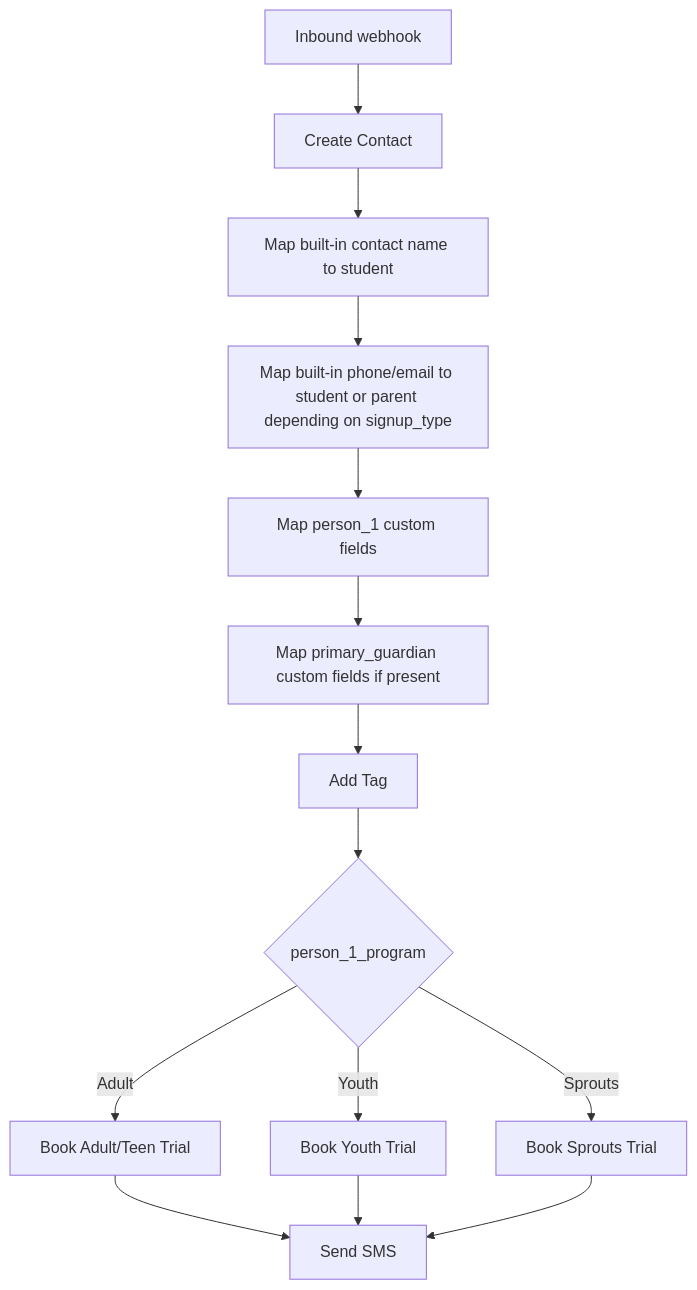
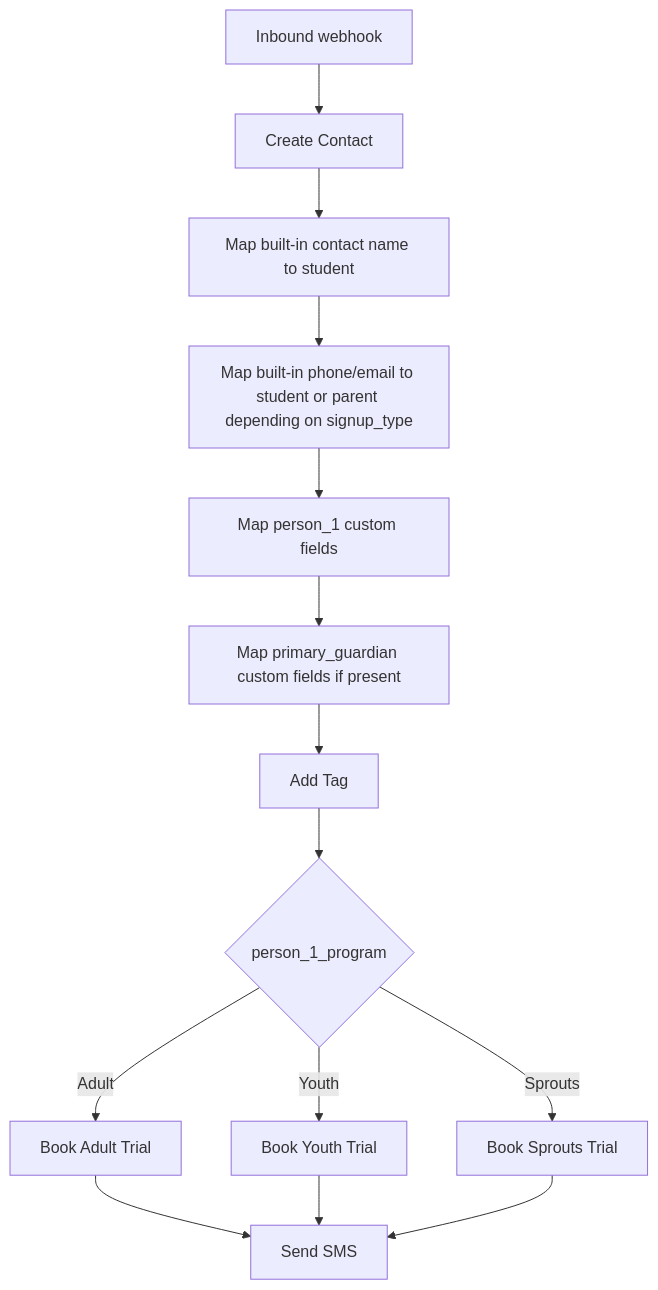
Before and after one commit to Kron00/liveoakjiujitsu: diagram 15 of 21 in agent/signup-single-student-diagram.md, drawn with Mermaid. The commit also changed other lines of this file and 9 other files, not shown here.

````diff
--- a/agent/signup-single-student-diagram.md
+++ b/agent/signup-single-student-diagram.md
@@ -562,18 +562,18 @@
 ```mermaid
 flowchart TD
     A[Inbound webhook] --> B[Create Contact]
     B --> C[Map built-in contact name to student]
     C --> D[Map built-in phone/email to student or parent depending on signup_type]
     D --> E[Map person_1 custom fields]
     E --> F[Map primary_guardian custom fields if present]
     F --> G[Add Tag]
     G --> H{person_1_program}
 
-    H -->|Adult| I[Book Adult/Teen Trial]
+    H -->|Adult| I[Book Adult Trial]
     H -->|Youth| J[Book Youth Trial]
     H -->|Sprouts| K[Book Sprouts Trial]
 
     I --> L[Send SMS]
     J --> L
     K --> L
 ```
````
